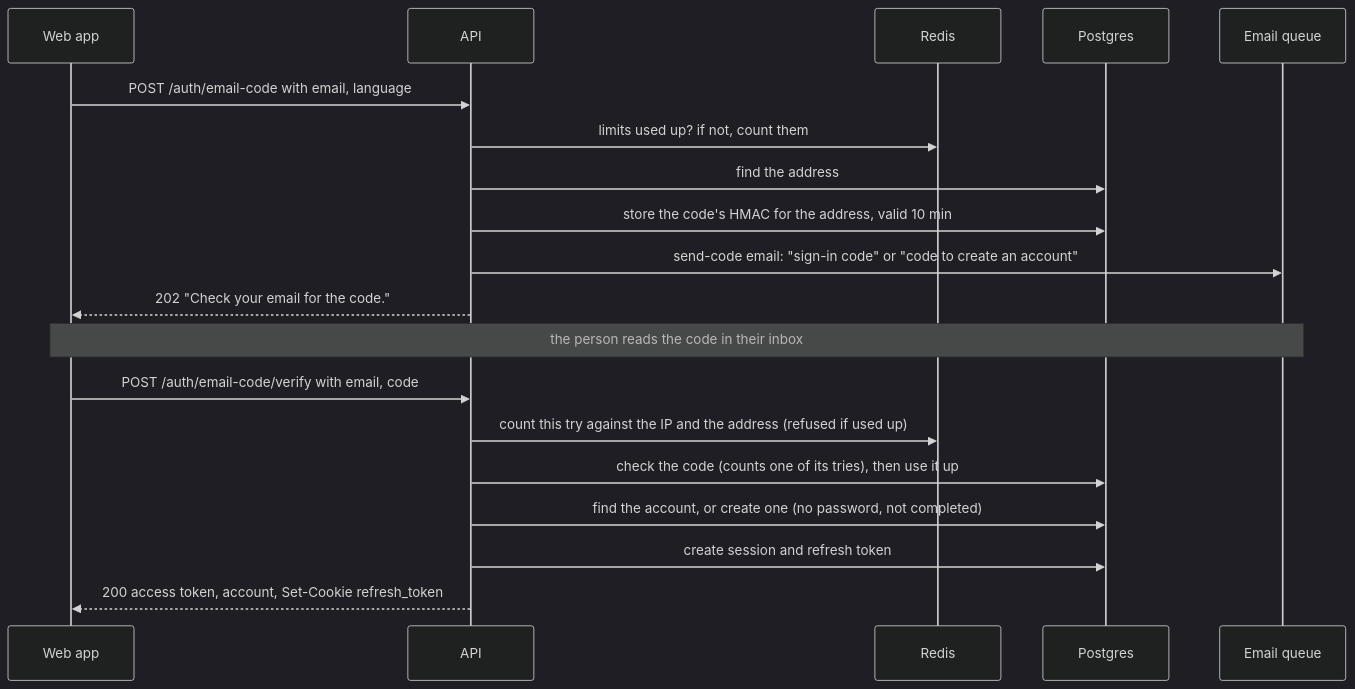
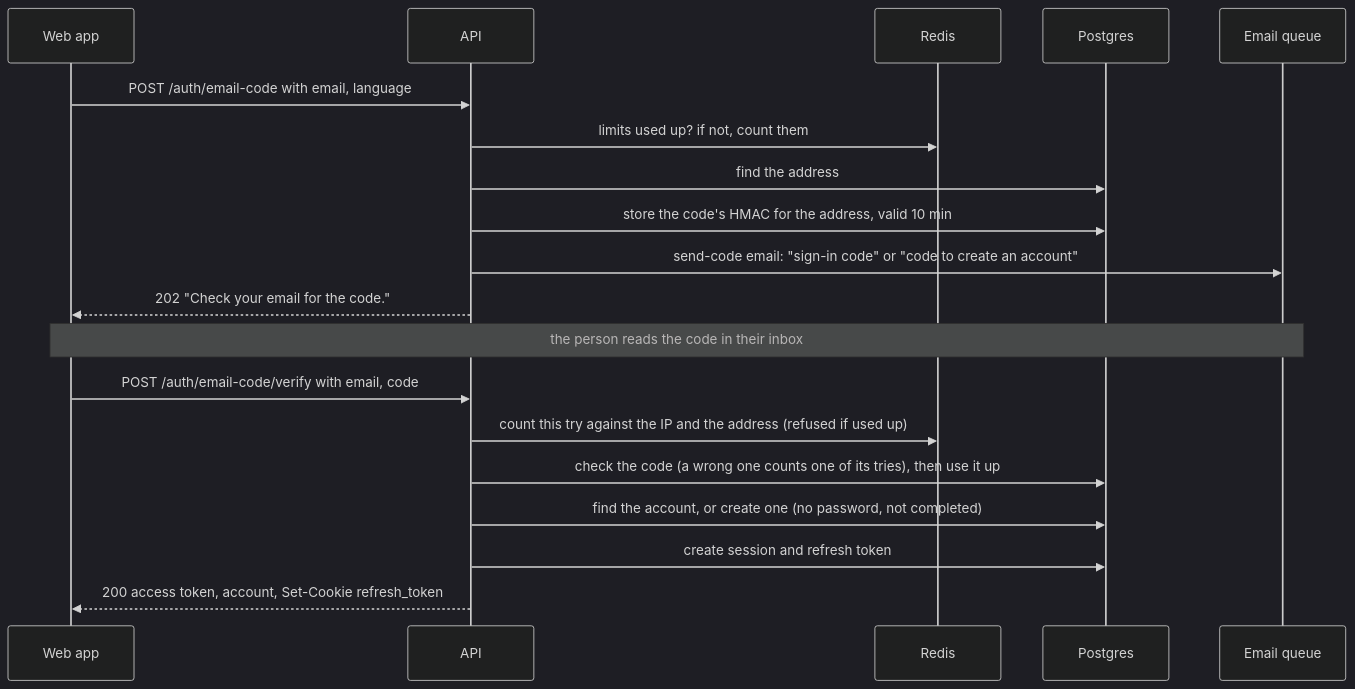
Before and after one commit to StoriuSs/NezFocus-Backend: the first of 10 diagrams in docs/auth/flows.md, drawn with Mermaid (dark theme). The commit also changed other lines of this file and 19 other files, not shown here.

````diff
--- a/docs/auth/flows.md
+++ b/docs/auth/flows.md
@@ -51,21 +51,21 @@
 ```mermaid
 sequenceDiagram
     participant W as Web app
     participant A as API
     participant R as Redis
     participant P as Postgres
     participant Q as Email queue
     W->>A: POST /auth/email-code with email, language
     A->>R: limits used up? if not, count them
     A->>P: find the address
     A->>P: store the code's HMAC for the address, valid 10 min
     A->>Q: send-code email: "sign-in code" or "code to create an account"
     A-->>W: 202 "Check your email for the code."
     Note over W,Q: the person reads the code in their inbox
     W->>A: POST /auth/email-code/verify with email, code
     A->>R: count this try against the IP and the address (refused if used up)
-    A->>P: check the code (counts one of its tries), then use it up
+    A->>P: check the code (a wrong one counts one of its tries), then use it up
     A->>P: find the account, or create one (no password, not completed)
     A->>P: create session and refresh token
     A-->>W: 200 access token, account, Set-Cookie refresh_token
 ```
````
